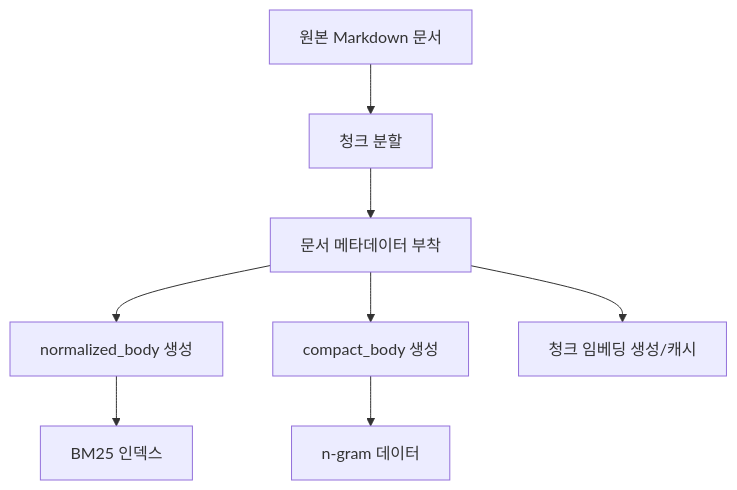
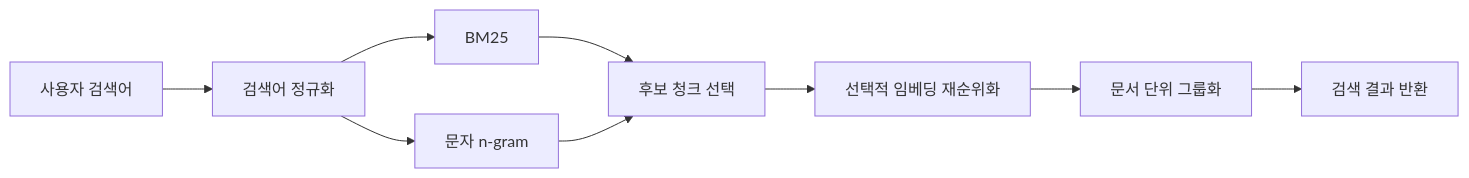
One commit to Kimajun0919/HK-maintenance changed the second of 2 diagrams in backend/RAG_README.md. Above: the diagram before and after it, drawn with Mermaid. The commit also changed other lines of this file and 2 other files, not shown here.

````diff
--- a/backend/RAG_README.md
+++ b/backend/RAG_README.md
@@ -43,10 +139,11 @@
 ```mermaid
-flowchart TD
-    D[원본 Markdown 문서] --> CH[청크 분할]
-    CH --> M[문서 메타데이터 부착]
-    M --> NF[normalized_body 생성]
-    M --> CF[compact_body 생성]
-    NF --> B[BM25 인덱스]
-    CF --> NG[n-gram 데이터]
-    M --> EM[청크 임베딩 생성/캐시]
+flowchart LR
+    U[사용자 검색어] --> N[검색어 정규화]
+    N --> B[BM25]
+    N --> G[문자 n-gram]
+    B --> C[후보 청크 선택]
+    G --> C
+    C --> E[선택적 임베딩 재순위화]
+    E --> D[문서 단위 그룹화]
+    D --> R[검색 결과 반환]
 ```
````
